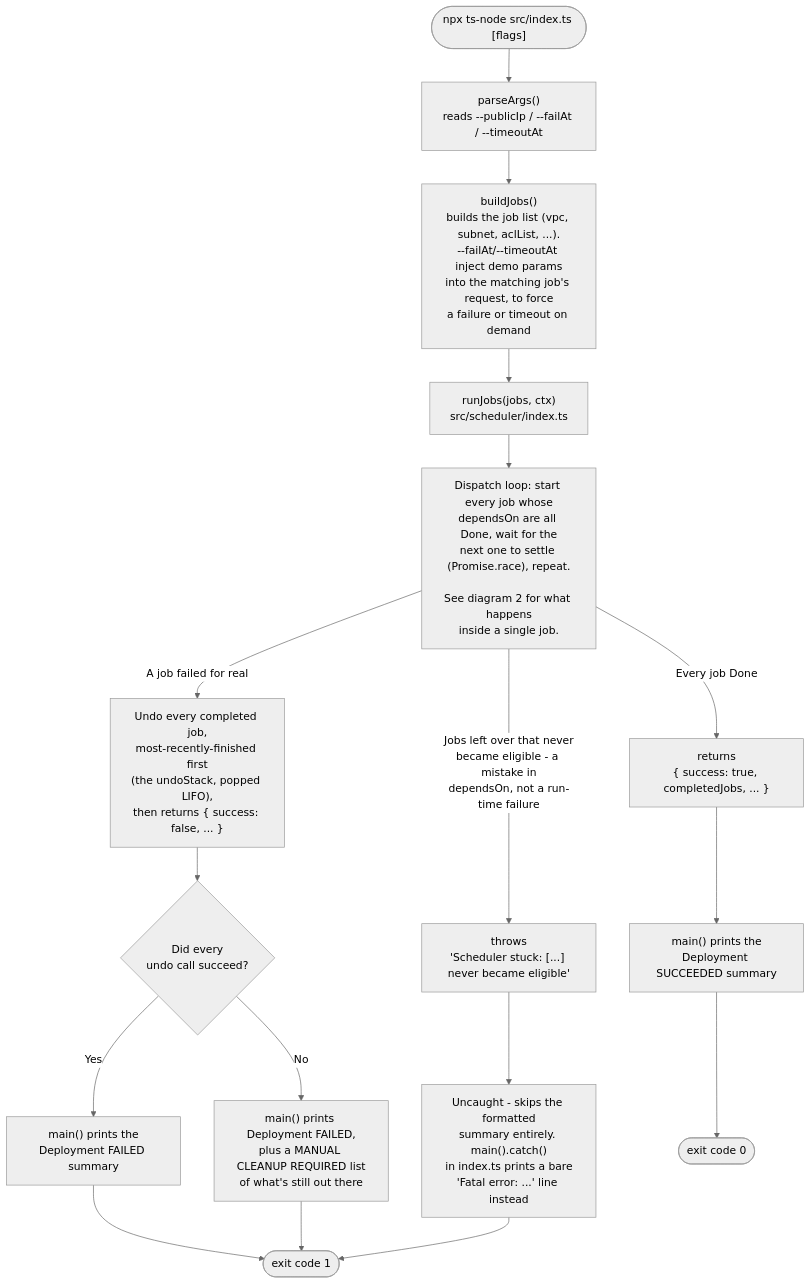
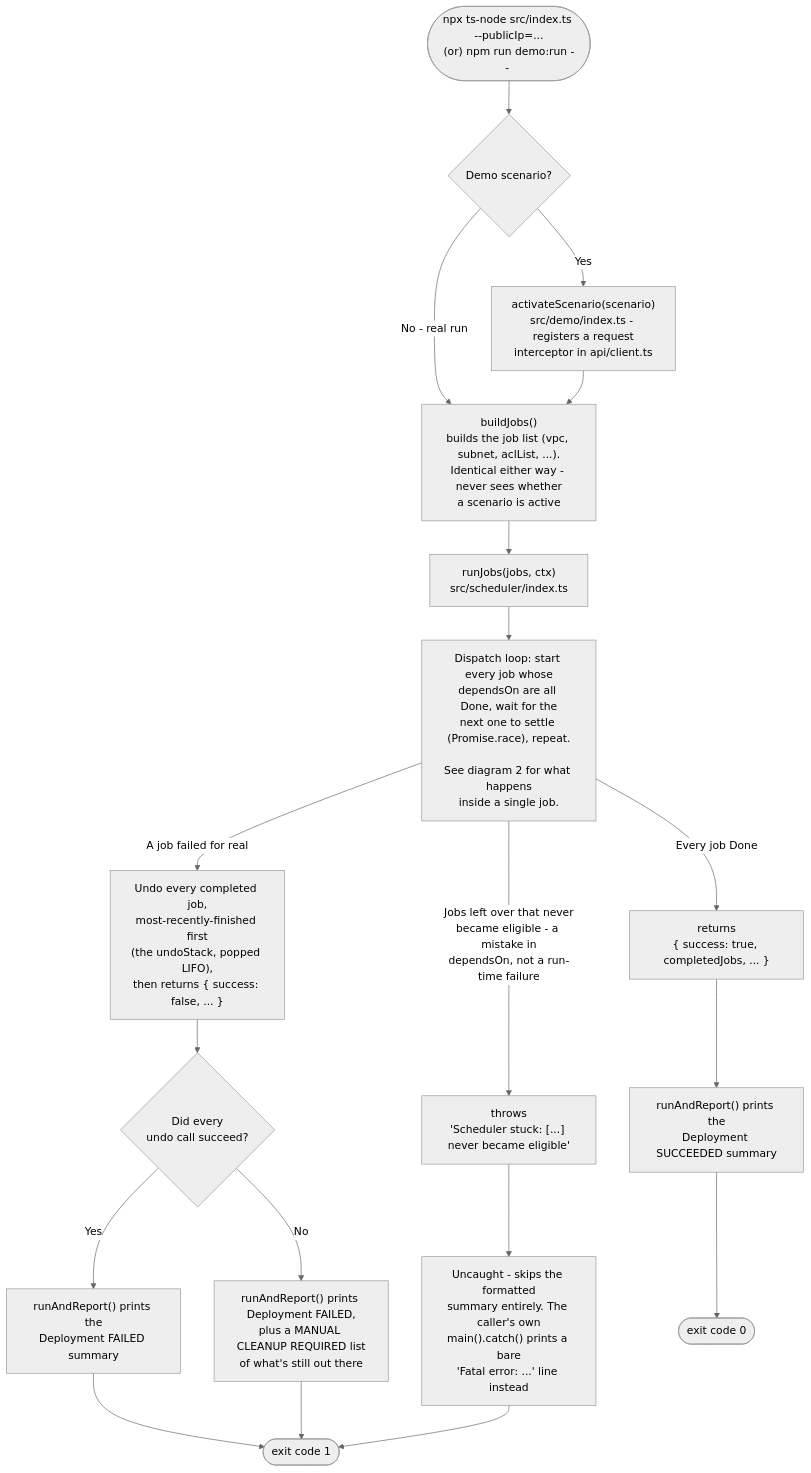
Before and after one commit to fachrizadaus/parallel-job-orchestrator: the first of 2 diagrams in docs/end-to-end-recap.md, drawn with Mermaid (neutral theme). The commit also changed other lines of this file and 25 other files, not shown here.

Commit message:
:sparkles: feat: add demo scenario feature

````diff
--- a/docs/end-to-end-recap.md
+++ b/docs/end-to-end-recap.md
@@ -39,25 +41,27 @@
 ```mermaid
 flowchart TD
-    START(["npx ts-node src/index.ts [flags]"]) --> PARSE["parseArgs()\nreads --publicIp / --failAt / --timeoutAt"]
-    PARSE --> BUILD["buildJobs()\nbuilds the job list (vpc, subnet, aclList, ...).\n--failAt/--timeoutAt inject demo params\ninto the matching job's request, to force\na failure or timeout on demand"]
+    START(["npx ts-node src/index.ts --publicIp=...\n(or) npm run demo:run -- <scenario>"]) --> ACTIVATE{"Demo scenario?"}
+    ACTIVATE -->|"Yes"| REGISTER["activateScenario(scenario)\nsrc/demo/index.ts - registers a request\ninterceptor in api/client.ts"]
+    ACTIVATE -->|"No - real run"| BUILD
+    REGISTER --> BUILD["buildJobs()\nbuilds the job list (vpc, subnet, aclList, ...).\nIdentical either way - never sees whether\na scenario is active"]
     BUILD --> RUNJOBS["runJobs(jobs, ctx)\nsrc/scheduler/index.ts"]
 
     RUNJOBS --> LOOP["Dispatch loop: start every job whose\ndependsOn are all Done, wait for the\nnext one to settle (Promise.race), repeat.\n\nSee diagram 2 for what happens\ninside a single job."]
 
     LOOP -->|"Every job Done"| RETSUCCESS["returns\n{ success: true, completedJobs, ... }"]
     LOOP -->|"A job failed for real"| RETFAIL["Undo every completed job,\nmost-recently-finished first\n(the undoStack, popped LIFO),\nthen returns { success: false, ... }"]
     LOOP -->|"Jobs left over that never\nbecame eligible - a mistake in\ndependsOn, not a run-time failure"| THROWSTUCK["throws\n'Scheduler stuck: [...] never became eligible'"]
 
-    RETSUCCESS --> MAINOK["main() prints the\nDeployment SUCCEEDED summary"]
+    RETSUCCESS --> MAINOK["runAndReport() prints the\nDeployment SUCCEEDED summary"]
 
     RETFAIL --> ROLLOK{"Did every\nundo call succeed?"}
-    ROLLOK -->|Yes| MAINFAIL["main() prints the\nDeployment FAILED summary"]
-    ROLLOK -->|No| MAINMANUAL["main() prints Deployment FAILED,\nplus a MANUAL CLEANUP REQUIRED list\nof what's still out there"]
+    ROLLOK -->|Yes| MAINFAIL["runAndReport() prints the\nDeployment FAILED summary"]
+    ROLLOK -->|No| MAINMANUAL["runAndReport() prints Deployment FAILED,\nplus a MANUAL CLEANUP REQUIRED list\nof what's still out there"]
 
-    THROWSTUCK --> MAINCATCH["Uncaught - skips the formatted\nsummary entirely. main().catch()\nin index.ts prints a bare\n'Fatal error: ...' line instead"]
+    THROWSTUCK --> MAINCATCH["Uncaught - skips the formatted\nsummary entirely. The caller's own\nmain().catch() prints a bare\n'Fatal error: ...' line instead"]
 
     MAINOK --> EXIT0(["exit code 0"])
     MAINFAIL --> EXIT1(["exit code 1"])
     MAINMANUAL --> EXIT1
     MAINCATCH --> EXIT1
 ```
````
